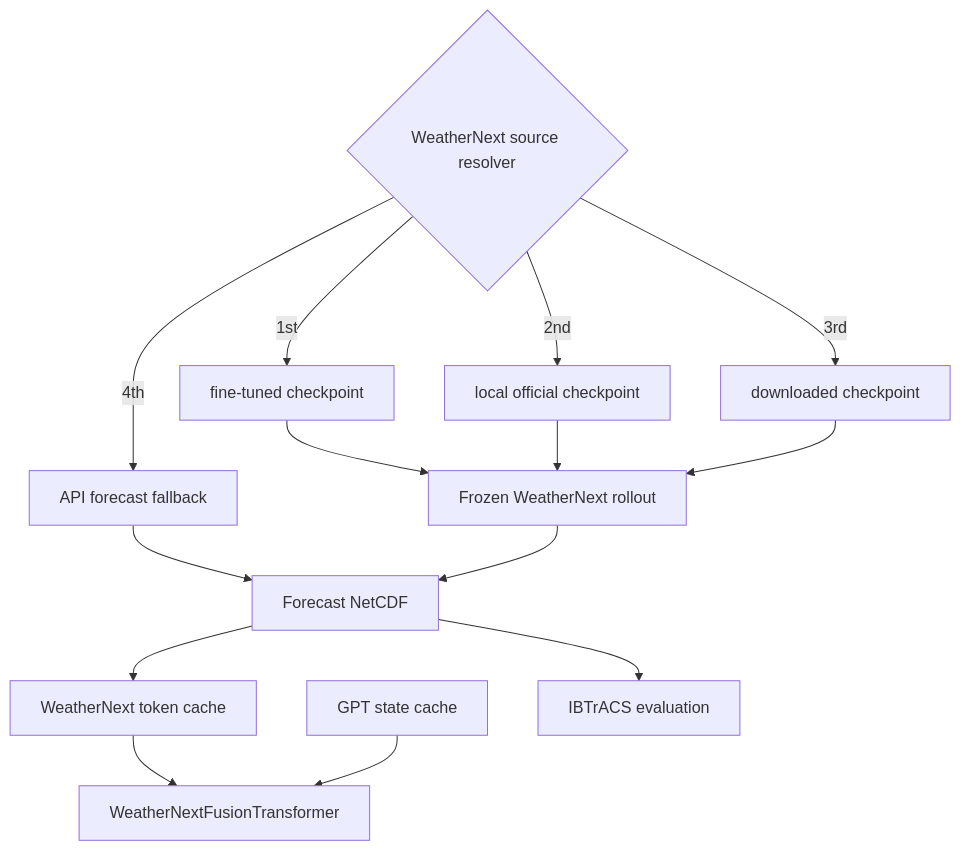
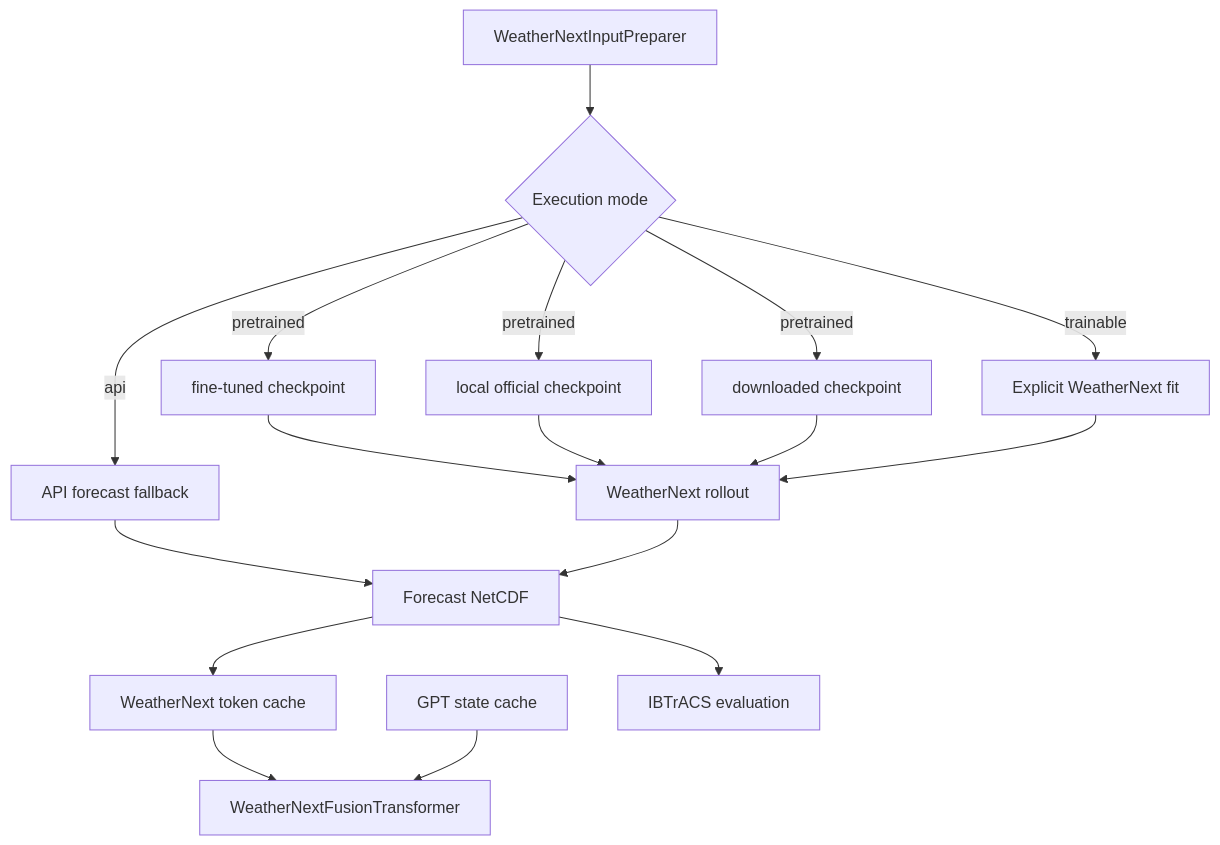
The diagram in weathernext/README.md (nayehyeon61-glitch/typnonn_preesure_data_loader), drawn with Mermaid before and after one commit. The commit also changed other lines of this file and 20 other files, not shown here.

Commit message:
Add batched WeatherNext preparation modes

````diff
--- a/weathernext/README.md
+++ b/weathernext/README.md
@@ -5,28 +5,33 @@
 ```mermaid
 flowchart TB
-    SELECT{"WeatherNext source resolver"}
+    INPUT["WeatherNextInputPreparer"]
+    SELECT{"Execution mode"}
     FINE["fine-tuned checkpoint"]
     PRE["local official checkpoint"]
     DOWN["downloaded checkpoint"]
     API["API forecast fallback"]
-    RUN["Frozen WeatherNext rollout"]
+    TRAIN["Explicit WeatherNext fit"]
+    RUN["WeatherNext rollout"]
     FORECAST["Forecast NetCDF"]
     TOKEN["WeatherNext token cache"]
     GPT["GPT state cache"]
     FUSION["WeatherNextFusionTransformer"]
     EVAL["IBTrACS evaluation"]
 
-    SELECT -->|1st| FINE
-    SELECT -->|2nd| PRE
-    SELECT -->|3rd| DOWN
-    SELECT -->|4th| API
+    INPUT --> SELECT
+    SELECT -->|pretrained| FINE
+    SELECT -->|pretrained| PRE
+    SELECT -->|pretrained| DOWN
+    SELECT -->|api| API
+    SELECT -->|trainable| TRAIN
     FINE --> RUN
     PRE --> RUN
     DOWN --> RUN
     API --> FORECAST
+    TRAIN --> RUN
     RUN --> FORECAST
     FORECAST --> TOKEN
     FORECAST --> EVAL
     TOKEN --> FUSION
     GPT --> FUSION
 ```
````
